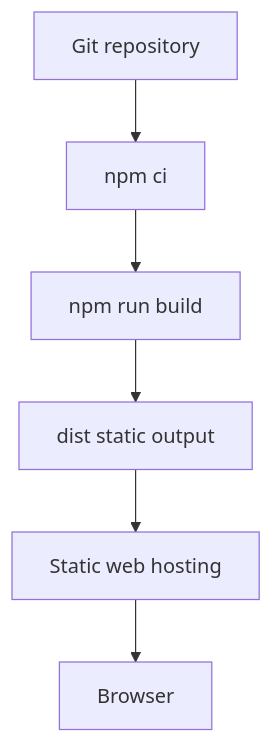
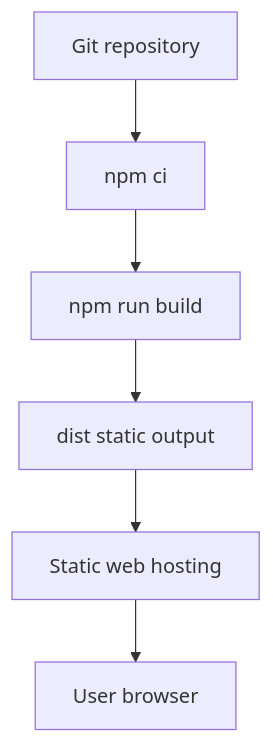
Before and after one commit to Brajesh31/Contact-Display: the diagram in docs/architecture/deployment-view.md, drawn with Mermaid. The commit also changed other lines of this file, not shown here.

````diff
--- a/docs/architecture/deployment-view.md
+++ b/docs/architecture/deployment-view.md
@@ -4,8 +4,8 @@
 ```mermaid
 flowchart TD
     Repo[Git repository] --> Install[npm ci]
     Install --> Build[npm run build]
     Build --> Dist[dist static output]
     Dist --> Host[Static web hosting]
-    Host --> Client[Browser]
+    Host --> Browser[User browser]
 ```
````
